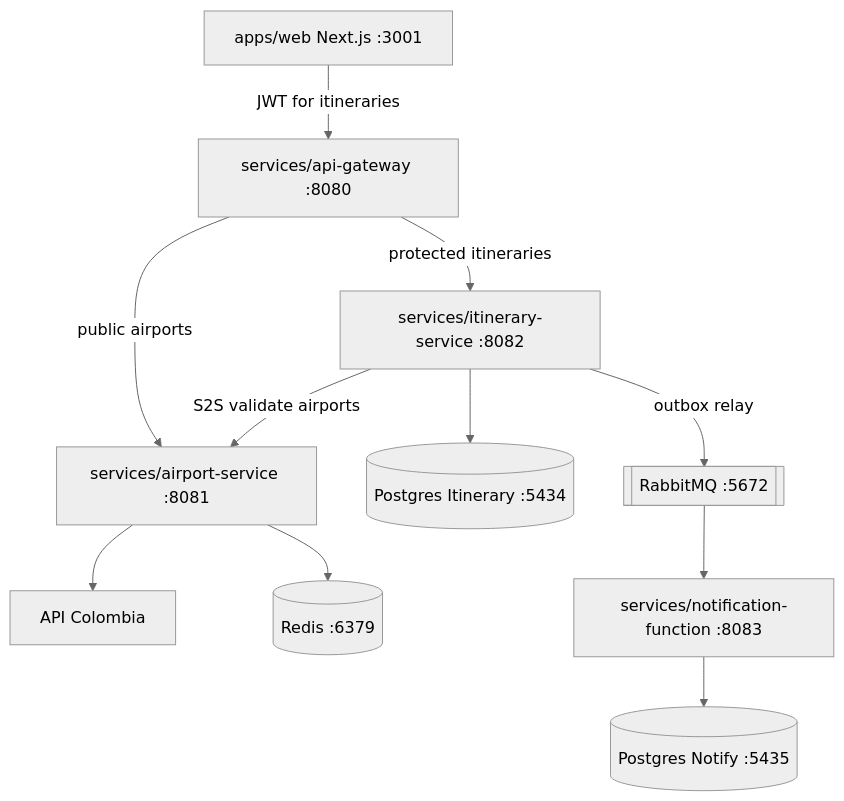
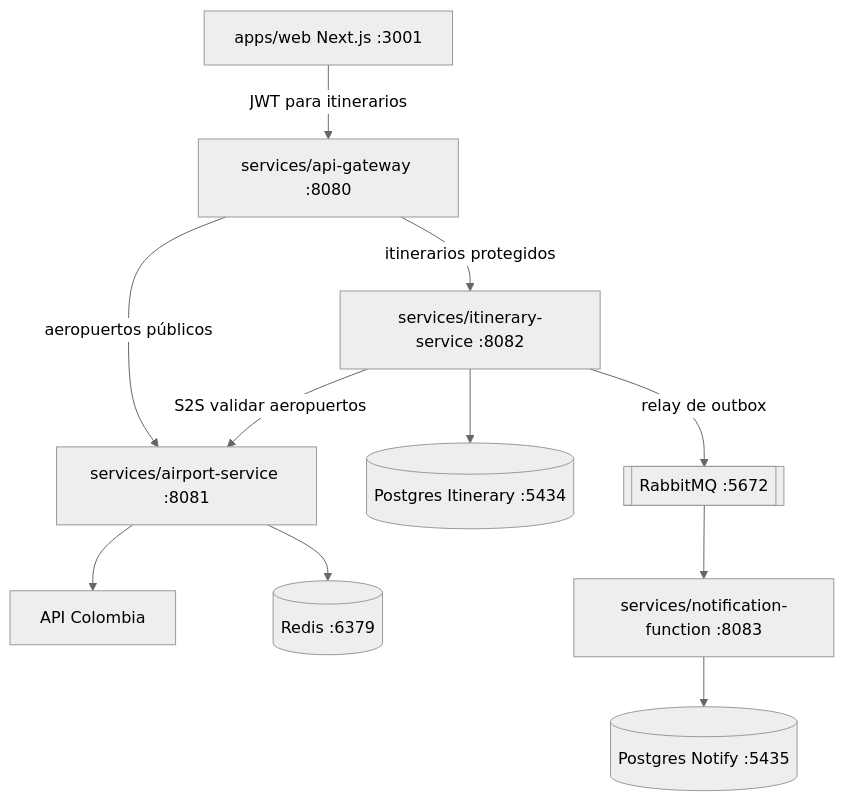
Before and after one commit to bue221/proyecto-arquitectura-software-emergente: the diagram in wiki/Diagrams-components.md, drawn with Mermaid (neutral theme). The commit also changed other lines of this file and 38 other files, not shown here.

````diff
--- a/wiki/Diagrams-components.md
+++ b/wiki/Diagrams-components.md
@@ -3,24 +3,24 @@
 ```mermaid
 flowchart TB
   WEB[apps/web Next.js :3001]
   GW[services/api-gateway :8080]
   AIR[services/airport-service :8081]
   ITI[services/itinerary-service :8082]
   NF[services/notification-function :8083]
   PG2[(Postgres Itinerary :5434)]
   PG3[(Postgres Notify :5435)]
   REDIS[(Redis :6379)]
   RMQ[[RabbitMQ :5672]]
   COL[API Colombia]
 
-  WEB -->|JWT for itineraries| GW
-  GW -->|public airports| AIR
-  GW -->|protected itineraries| ITI
-  ITI -->|S2S validate airports| AIR
+  WEB -->|JWT para itinerarios| GW
+  GW -->|aeropuertos públicos| AIR
+  GW -->|itinerarios protegidos| ITI
+  ITI -->|S2S validar aeropuertos| AIR
   AIR --> COL
   AIR --> REDIS
   ITI --> PG2
-  ITI -->|outbox relay| RMQ
+  ITI -->|relay de outbox| RMQ
   RMQ --> NF
   NF --> PG3
 ```
````
